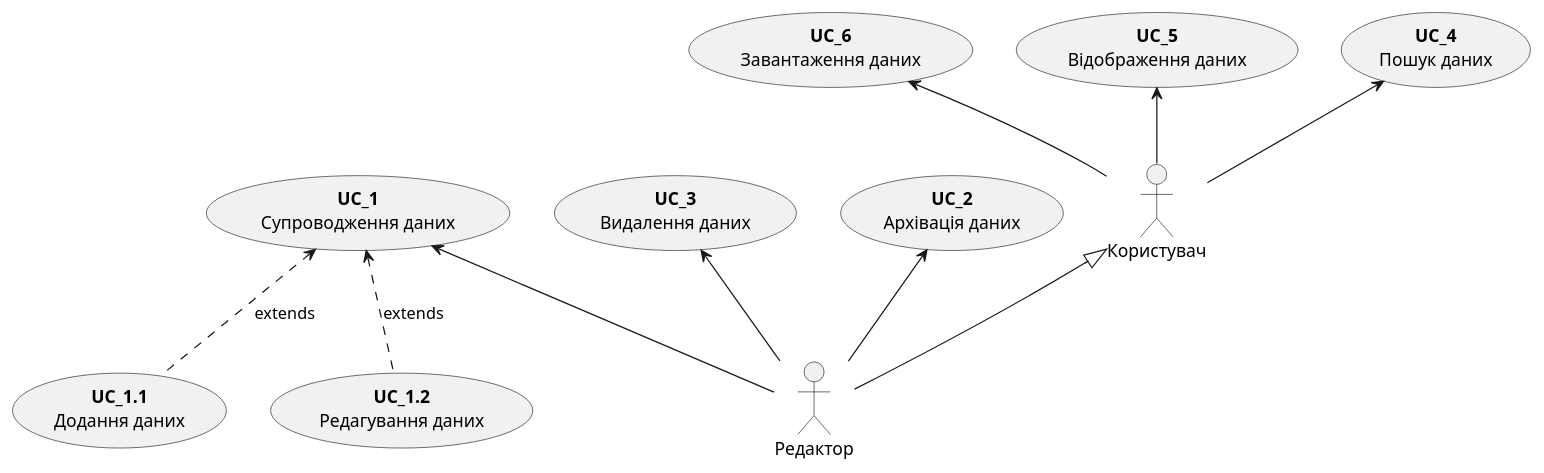
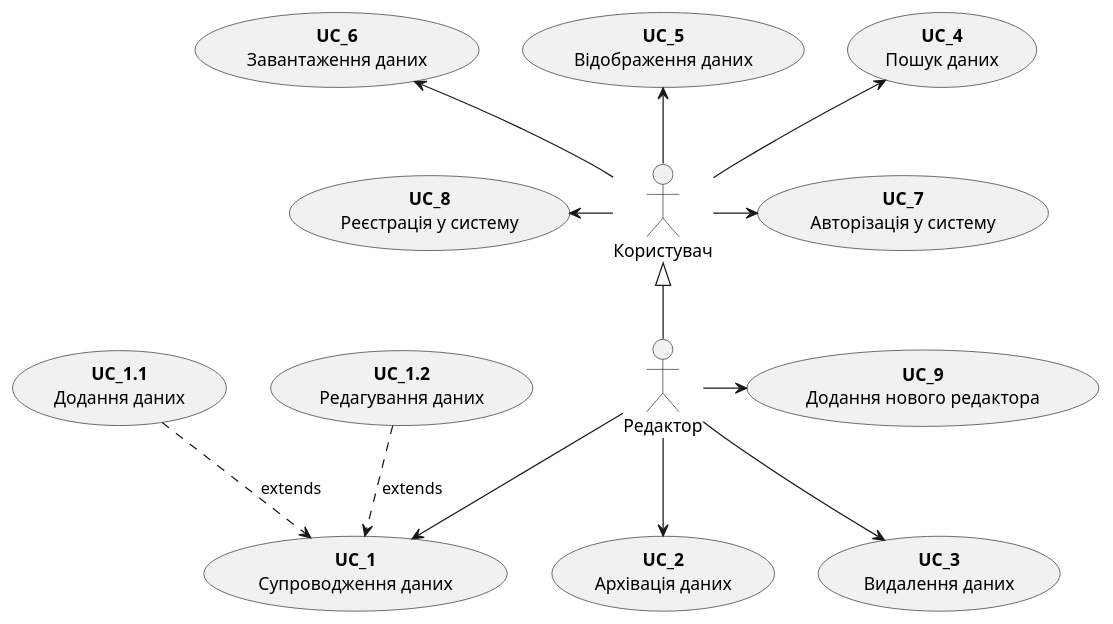
One commit to horidor/open-data-management-system changed the first of 3 diagrams in docs/use cases/README.md. Above: the diagram before and after it, drawn with PlantUML. The commit also changed other lines of this file and 1 other file, not shown here.

Commit message:
Additional draft of use-cases, fixed stakeholder-needs.md

```diff
--- a/docs/use cases/README.md
+++ b/docs/use cases/README.md
@@ -3,27 +3,35 @@
 @startuml
     actor "Користувач" as User
     actor "Редактор" as Editor
+    
     
     usecase "<b>UC_1</b>\nCупроводження даних" as UC_1
     usecase "<b>UC_2</b>\nАрхівація даних" as UC_2
     usecase "<b>UC_3</b>\nВидалення даних" as UC_3
     usecase "<b>UC_4</b>\nПошук даних" as UC_4
     usecase "<b>UC_5</b>\nВідображення даних" as UC_5
     usecase "<b>UC_6</b>\nЗавантаження даних" as UC_6
     usecase "<b>UC_1.1</b>\nДодання даних" as UC_1.1
     usecase "<b>UC_1.2</b>\nРедагування даних" as UC_1.2
+    usecase "<b>UC_7</b>\nАвторізація у систему" as UC_7
+    usecase "<b>UC_8</b>\nРеєстрація у систему" as UC_8
+    usecase "<b>UC_9</b>\nДодання нового редактора" as UC_9
+    
 
     User -u-> UC_4
     User -u-> UC_5
     User -u-> UC_6
+    User -r-> UC_7
+    User -l-> UC_8
     
     Editor -u-|> User
     
-    Editor -u-> UC_1
-    Editor -u-> UC_2
-    Editor -u-> UC_3
-    UC_1.1 .u.> UC_1: extends
-    UC_1.2 .u.> UC_1: extends
+    Editor -d-> UC_1
+    Editor -d-> UC_2
+    Editor -d-> UC_3
+    Editor -r-> UC_9
+    UC_1.1 .d.> UC_1: extends
+    UC_1.2 .d.> UC_1: extends
 
     
 @enduml
```
